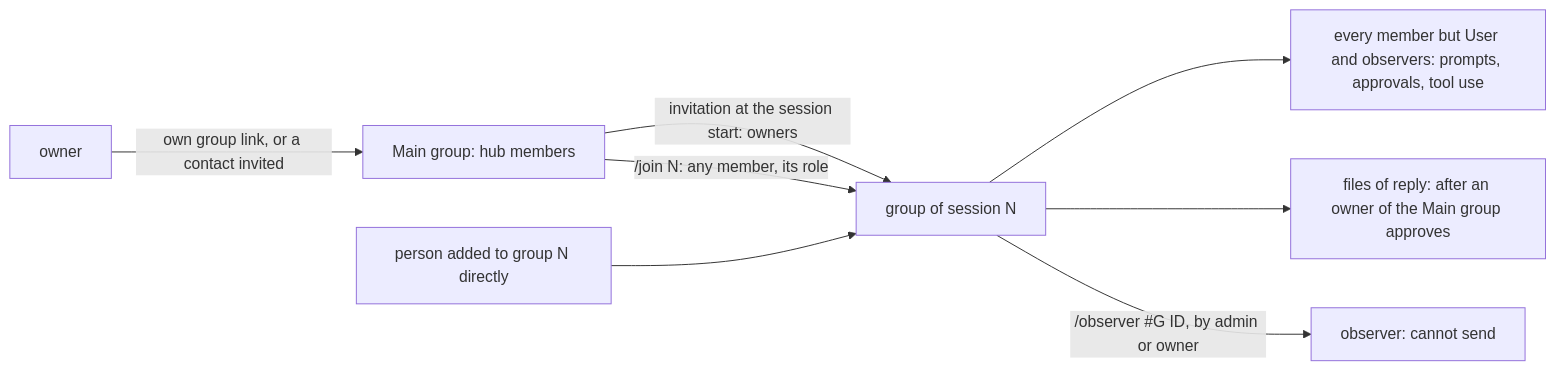
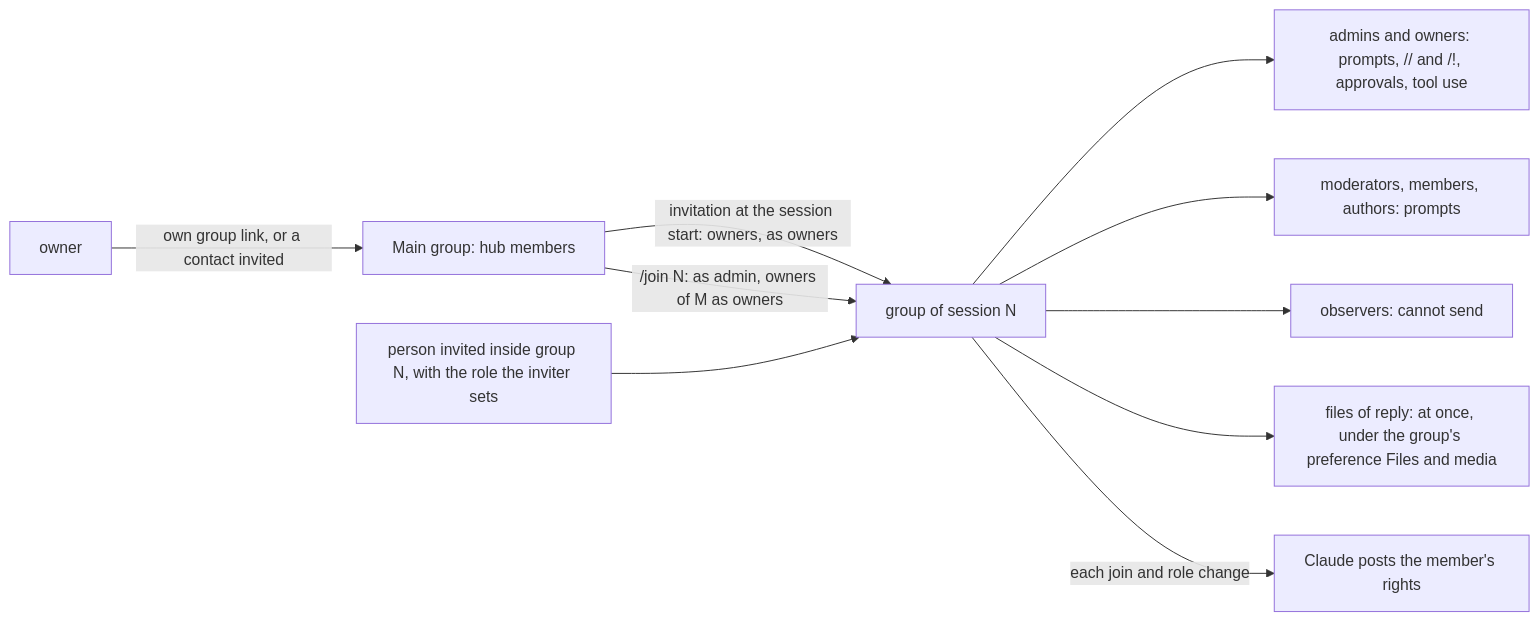
One commit to simplex-chat/simplex-chat changed the sixth of 26 diagrams in plans/2026-11-07-mcp-claude-code-channel.md. Above: the diagram before and after it, drawn with Mermaid. The commit also changed other lines of this file, not shown here.

First line of the commit message:
plan: the role model of session groups

````diff
--- a/plans/2026-11-07-mcp-claude-code-channel.md
+++ b/plans/2026-11-07-mcp-claude-code-channel.md
@@ -328,10 +344,12 @@
 ```mermaid
 flowchart LR
   O[owner] -- own group link, or a contact invited --> M[Main group: hub members]
-  M -- invitation at the session start: owners --> G[group of session N]
-  M -- /join N: any member, its role --> G
-  X[person added to group N directly] --> G
-  G --> A[every member but User and observers: prompts, approvals, tool use]
-  G --> F[files of reply: after an owner of the Main group approves]
-  G -- /observer #G ID, by admin or owner --> Q[observer: cannot send]
+  M -- invitation at the session start: owners, as owners --> G[group of session N]
+  M -- /join N: as admin, owners of M as owners --> G
+  X[person invited inside group N, with the role the inviter sets] --> G
+  G --> A[admins and owners: prompts, // and /!, approvals, tool use]
+  G --> P[moderators, members, authors: prompts]
+  G --> Q[observers: cannot send]
+  G --> F[files of reply: at once, under the group's preference Files and media]
+  G -- each join and role change --> R[Claude posts the member's rights]
 ```
````
